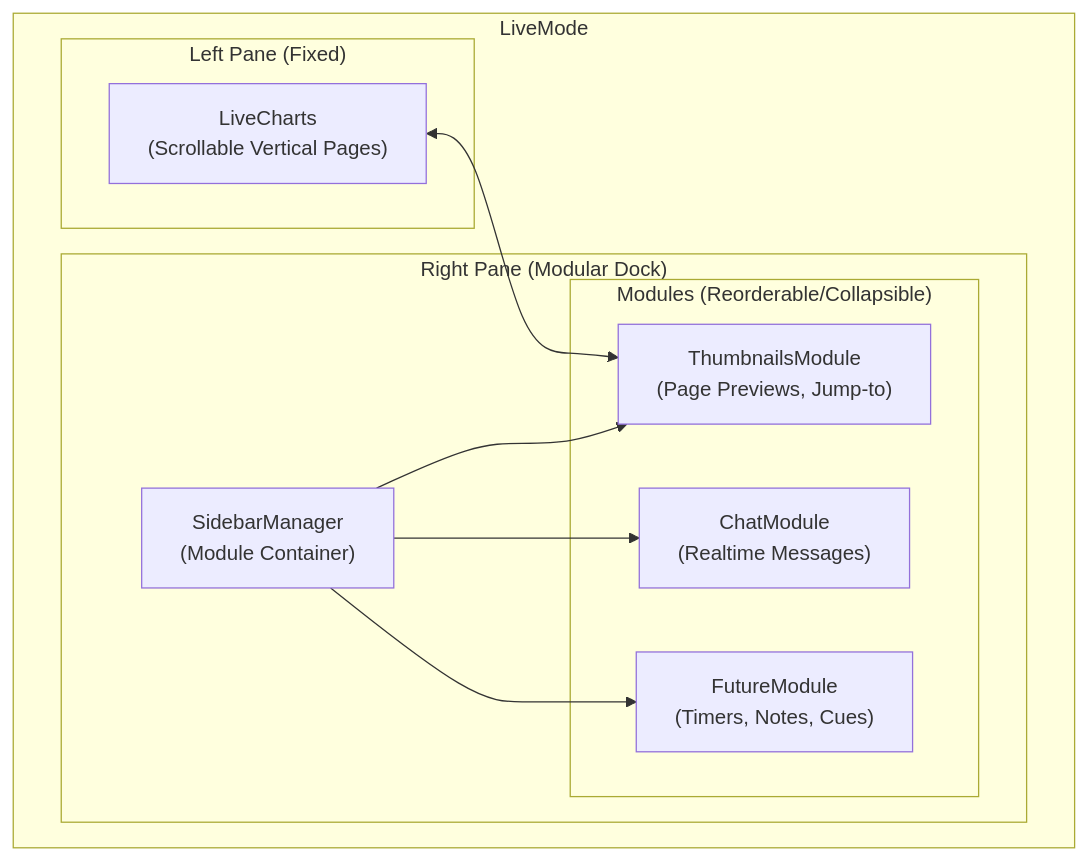
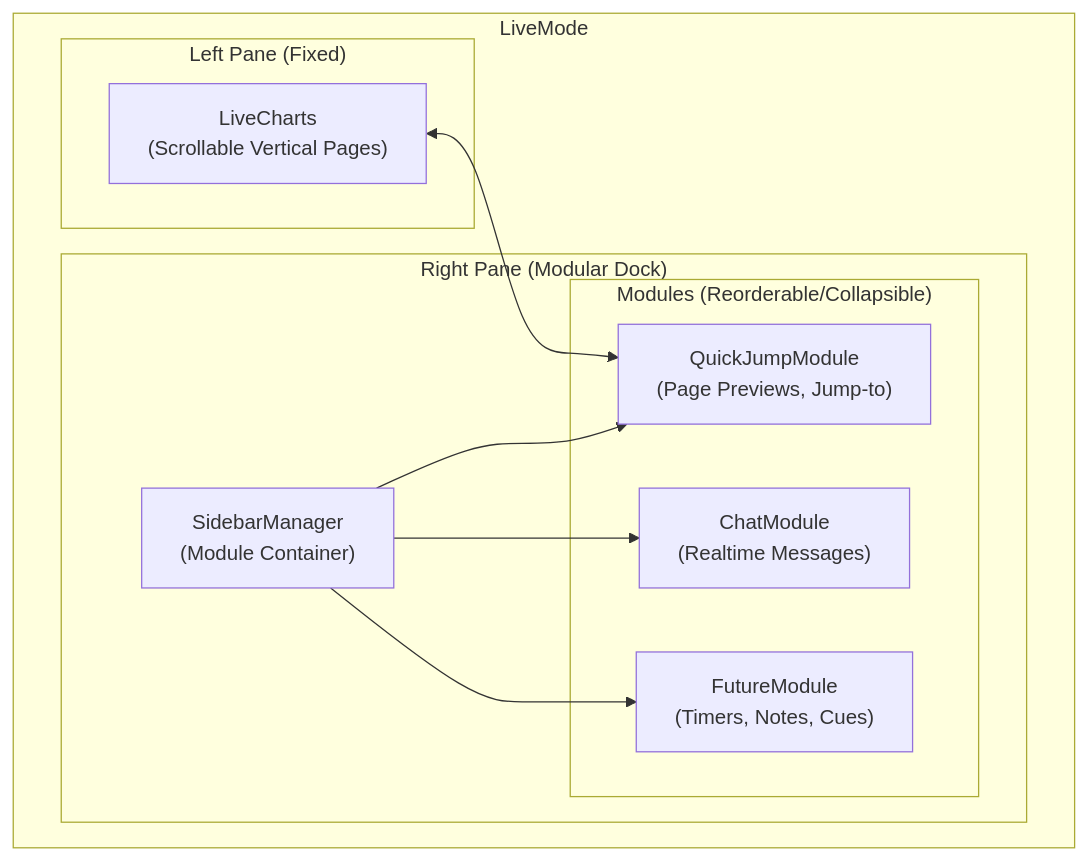
The first of 2 diagrams in RealtimeCollabfeatures.md (KingTeky/MyWhiteboard), drawn with Mermaid before and after one commit. The commit also changed other lines of this file and 3 other files, not shown here.

Commit message:
Quick Jump: first-page-per-chart, distinct quickjump-order-badge, refresh hooks and charts:changed event; UI sync fixes

````diff
--- a/RealtimeCollabfeatures.md
+++ b/RealtimeCollabfeatures.md
@@ -82,25 +82,25 @@
 ```mermaid
 flowchart LR
     subgraph LiveMode
         direction LR
 
         subgraph LeftPane["Left Pane (Fixed)"]
             Charts["LiveCharts\n(Scrollable Vertical Pages)"]
         end
 
         subgraph RightPane["Right Pane (Modular Dock)"]
             SidebarManager["SidebarManager\n(Module Container)"]
 
             subgraph Modules["Modules (Reorderable/Collapsible)"]
-                Thumbnails["ThumbnailsModule\n(Page Previews, Jump-to)"]
+                QuickJump["QuickJumpModule\n(Page Previews, Jump-to)"]
                 Chat["ChatModule\n(Realtime Messages)"]
                 Future["FutureModule\n(Timers, Notes, Cues)"]
             end
         end
     end
 
-    Charts <--> Thumbnails
-    SidebarManager --> Thumbnails
+  Charts <--> QuickJump
+  SidebarManager --> QuickJump
     SidebarManager --> Chat
     SidebarManager --> Future
 ```
````
